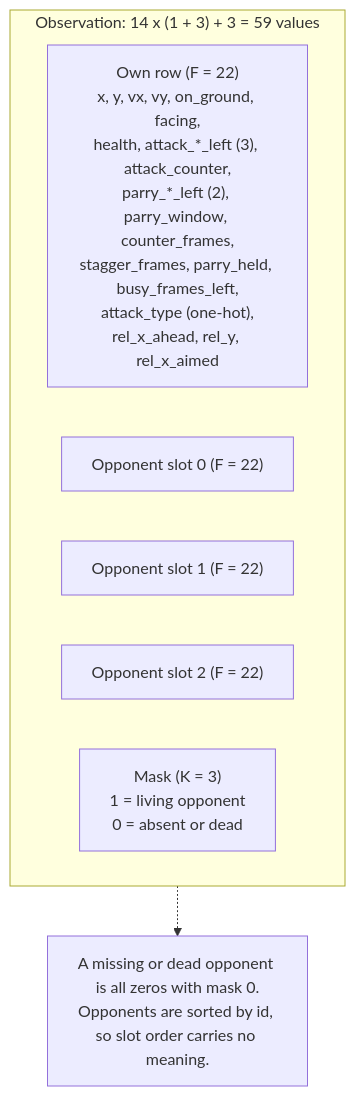
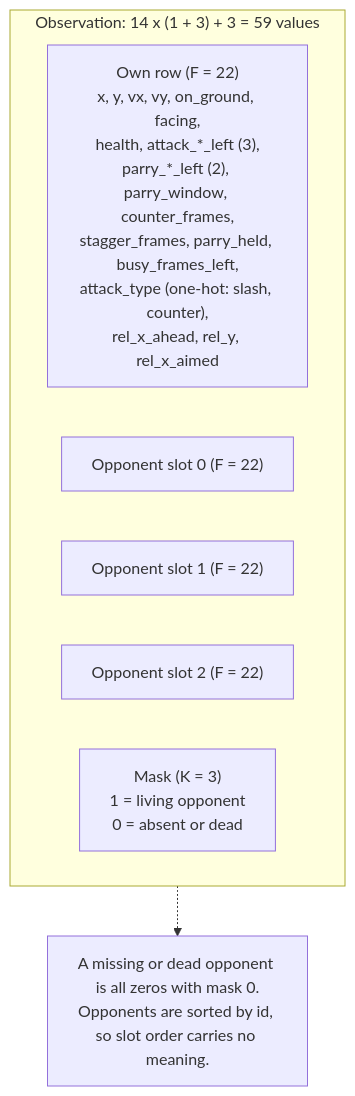
The second of 5 diagrams in docs/network.md (Martin-Jin/arena-rl), drawn with Mermaid before and after one commit. The commit also changed 16 other files, not shown here.

Commit message:
Made the counter its own attack type with its own timing, damage and lunge config.

````diff
--- a/docs/network.md
+++ b/docs/network.md
@@ -40,13 +40,13 @@
 ```mermaid
 flowchart TB
     subgraph IN["Observation: 14 x (1 + 3) + 3 = 59 values"]
         direction LR
-        S["Own row (F = 22)<br/>x, y, vx, vy, on_ground, facing,<br/>health, attack_*_left (3), attack_counter,<br/>parry_*_left (2), parry_window, counter_frames,<br/>stagger_frames, parry_held, busy_frames_left,<br/>attack_type (one-hot),<br/>rel_x_ahead, rel_y, rel_x_aimed"]
+        S["Own row (F = 22)<br/>x, y, vx, vy, on_ground, facing,<br/>health, attack_*_left (3),<br/>parry_*_left (2), parry_window, counter_frames,<br/>stagger_frames, parry_held, busy_frames_left,<br/>attack_type (one-hot: slash, counter),<br/>rel_x_ahead, rel_y, rel_x_aimed"]
         O1["Opponent slot 0 (F = 22)"]
         O2["Opponent slot 1 (F = 22)"]
         O3["Opponent slot 2 (F = 22)"]
         M["Mask (K = 3)<br/>1 = living opponent<br/>0 = absent or dead"]
     end
     NOTE["A missing or dead opponent is all zeros with mask 0.<br/>Opponents are sorted by id, so slot order carries no meaning."]
     IN -.-> NOTE
 ```
````
